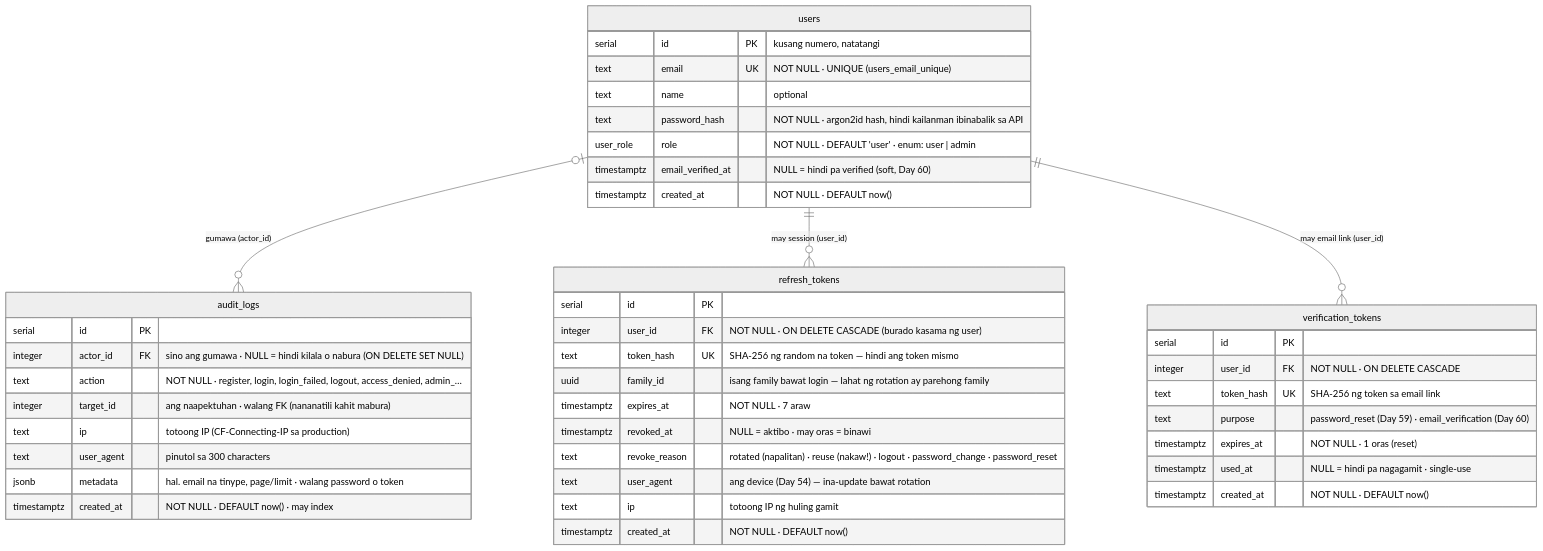
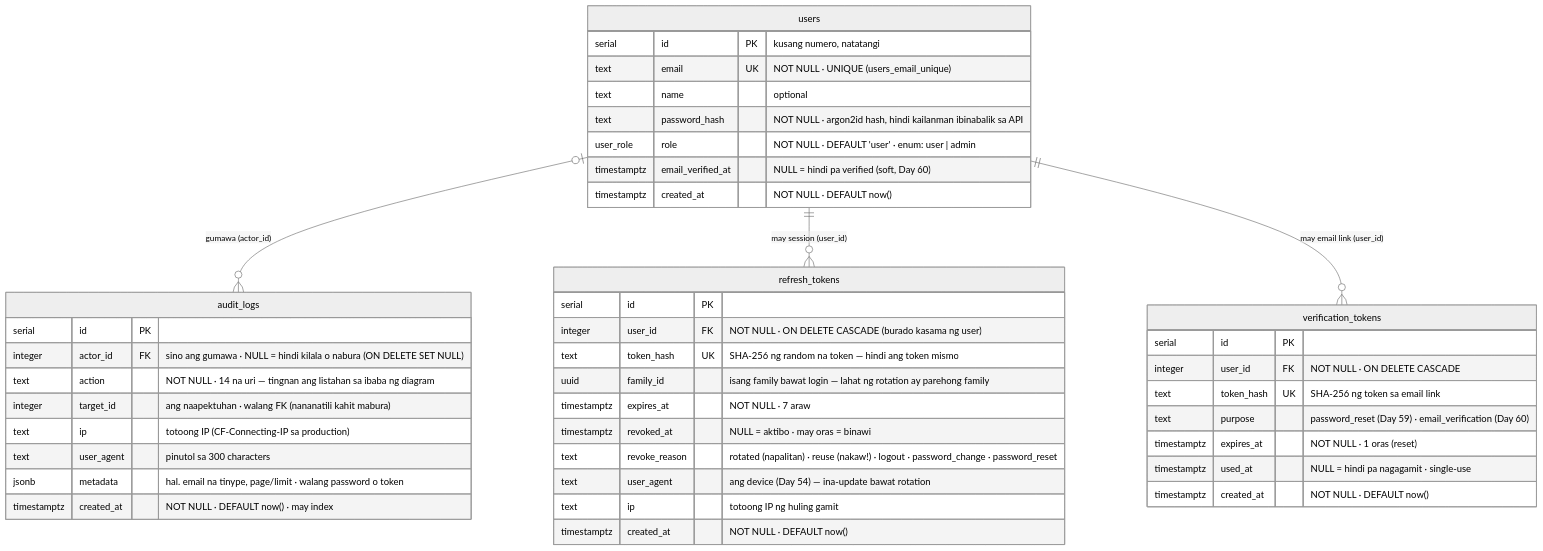
The first of 2 diagrams in docs/diagrams/02-er-diagram.md (nelson1869-ai/auth-learning), drawn with Mermaid (neutral theme) before and after one commit. The commit also changed other lines of this file and 13 other files, not shown here.

````diff
--- a/docs/diagrams/02-er-diagram.md
+++ b/docs/diagrams/02-er-diagram.md
@@ -13,46 +13,46 @@
 ```mermaid
 erDiagram
     users {
         serial id PK "kusang numero, natatangi"
         text email UK "NOT NULL · UNIQUE (users_email_unique)"
         text name "optional"
         text password_hash "NOT NULL · argon2id hash, hindi kailanman ibinabalik sa API"
         user_role role "NOT NULL · DEFAULT 'user' · enum: user | admin"
         timestamptz email_verified_at "NULL = hindi pa verified (soft, Day 60)"
         timestamptz created_at "NOT NULL · DEFAULT now()"
     }
     audit_logs {
         serial id PK
         integer actor_id FK "sino ang gumawa · NULL = hindi kilala o nabura (ON DELETE SET NULL)"
-        text action "NOT NULL · register, login, login_failed, logout, access_denied, admin_…"
+        text action "NOT NULL · 14 na uri — tingnan ang listahan sa ibaba ng diagram"
         integer target_id "ang naapektuhan · walang FK (nananatili kahit mabura)"
         text ip "totoong IP (CF-Connecting-IP sa production)"
         text user_agent "pinutol sa 300 characters"
         jsonb metadata "hal. email na tinype, page/limit · walang password o token"
         timestamptz created_at "NOT NULL · DEFAULT now() · may index"
     }
     refresh_tokens {
         serial id PK
         integer user_id FK "NOT NULL · ON DELETE CASCADE (burado kasama ng user)"
         text token_hash UK "SHA-256 ng random na token — hindi ang token mismo"
         uuid family_id "isang family bawat login — lahat ng rotation ay parehong family"
         timestamptz expires_at "NOT NULL · 7 araw"
         timestamptz revoked_at "NULL = aktibo · may oras = binawi"
         text revoke_reason "rotated (napalitan) · reuse (nakaw!) · logout · password_change · password_reset"
         text user_agent "ang device (Day 54) — ina-update bawat rotation"
         text ip "totoong IP ng huling gamit"
         timestamptz created_at "NOT NULL · DEFAULT now()"
     }
     users |o--o{ audit_logs : "gumawa (actor_id)"
     verification_tokens {
         serial id PK
         integer user_id FK "NOT NULL · ON DELETE CASCADE"
         text token_hash UK "SHA-256 ng token sa email link"
         text purpose "password_reset (Day 59) · email_verification (Day 60)"
         timestamptz expires_at "NOT NULL · 1 oras (reset)"
         timestamptz used_at "NULL = hindi pa nagagamit · single-use"
         timestamptz created_at "NOT NULL · DEFAULT now()"
     }
     users ||--o{ refresh_tokens : "may session (user_id)"
     users ||--o{ verification_tokens : "may email link (user_id)"
 ```
````
